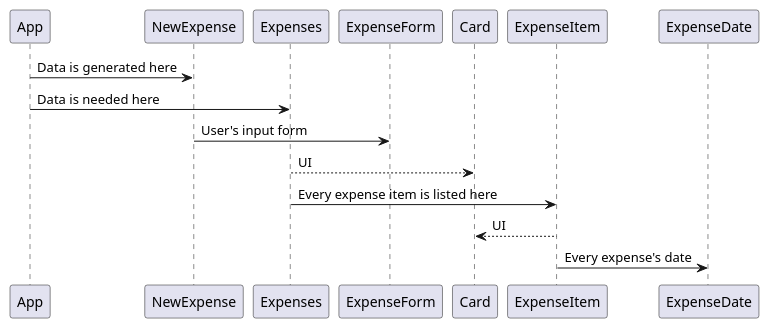
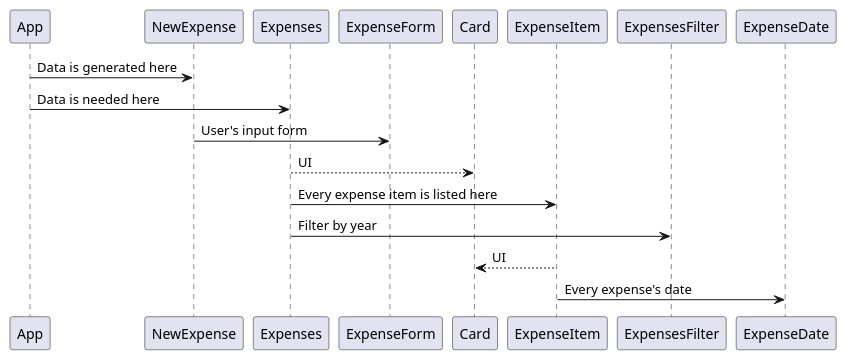
Before and after one commit to diodimi/create-expenses-list: the diagram in diagram.puml, drawn with PlantUML. The commit also changed 4 other files, not shown here.

```diff
--- a/diagram.puml
+++ b/diagram.puml
@@ -1,13 +1,14 @@
 @startuml
     App -> NewExpense :Data is generated here
     App -> Expenses :Data is needed here
     
     NewExpense -> ExpenseForm : User's input form
 
     Expenses --> Card : UI
     Expenses ->ExpenseItem : Every expense item is listed here
+    Expenses ->ExpensesFilter : Filter by year
 
     ExpenseItem --> Card : UI
     ExpenseItem -> ExpenseDate : Every expense's date
 
 @enduml
```
